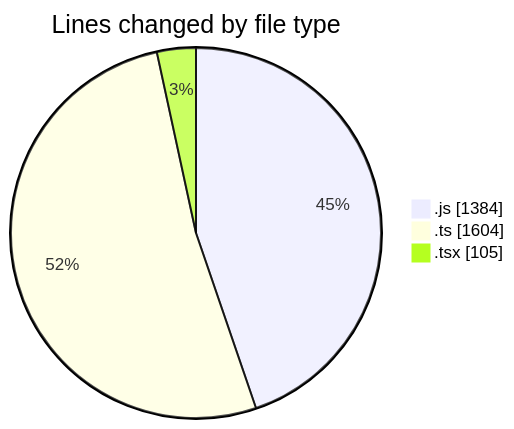
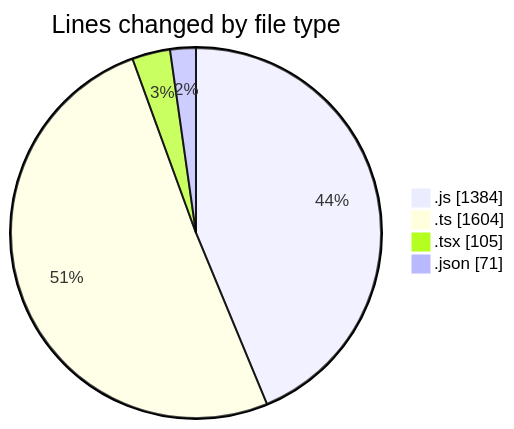
Before and after one commit to momahboobian/code-tracking: the first of 2 diagrams in 2026-02-04/cda/README.md, drawn with Mermaid. The commit also changed other lines of this file and 1 other file, not shown here.

````diff
--- a/2026-02-04/cda/README.md
+++ b/2026-02-04/cda/README.md
@@ -24,7 +25,8 @@
 ```mermaid
 pie showData
 title Lines changed by file type
 ".js" : 1384
 ".ts" : 1604
 ".tsx" : 105
+".json" : 71
 ```
````
